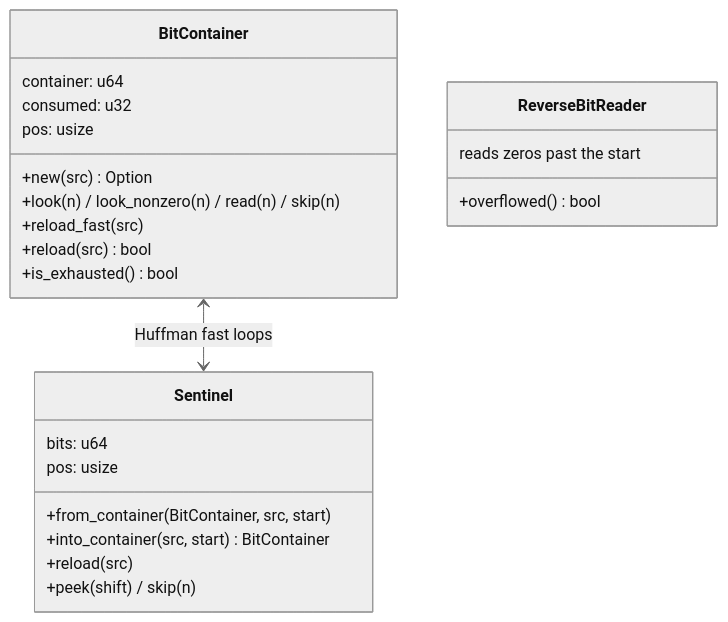
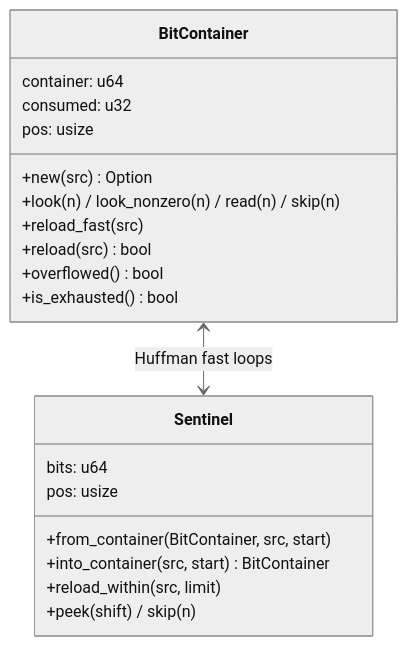
One commit to M-Compressors/mzstd changed the second of 7 diagrams in architecture/decoder-performance.md. Above: the diagram before and after it, drawn with Mermaid (neutral theme). The commit also changed other lines of this file and 419 other files, not shown here.

````diff
--- a/architecture/decoder-performance.md
+++ b/architecture/decoder-performance.md
@@ -48,26 +48,23 @@
 ```mermaid
 classDiagram
     class BitContainer {
         container: u64
         consumed: u32
         pos: usize
         +new(src) Option
         +look(n) / look_nonzero(n) / read(n) / skip(n)
         +reload_fast(src)
         +reload(src) bool
+        +overflowed() bool
         +is_exhausted() bool
     }
     class Sentinel {
         bits: u64
         pos: usize
         +from_container(BitContainer, src, start)
         +into_container(src, start) BitContainer
-        +reload(src)
+        +reload_within(src, limit)
         +peek(shift) / skip(n)
-    }
-    class ReverseBitReader {
-        reads zeros past the start
-        +overflowed() bool
     }
     BitContainer <--> Sentinel : Huffman fast loops
 ```
````
